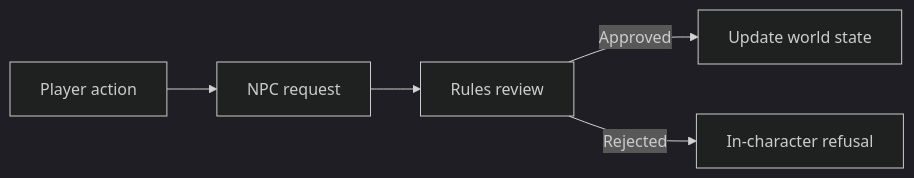
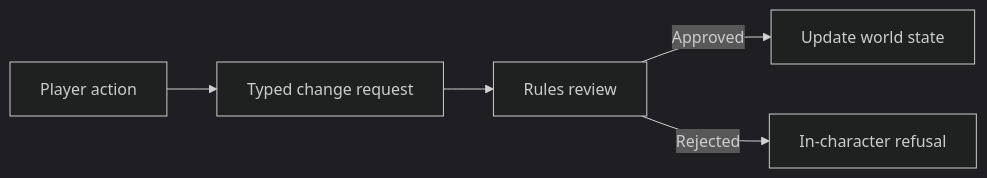
Before and after one commit to hannnnnnnny/RPG-Game: the second of 2 diagrams in README.md, drawn with Mermaid (dark theme). The commit also changed other lines of this file and 5 other files, not shown here.

Commit message:
docs: README for the Rust/Bevy version — screenshots, controls, web build, saves, architecture

````diff
--- a/README.md
+++ b/README.md
@@ -166,7 +133,7 @@
 ```mermaid
 flowchart LR
-  A[Player action] --> B[NPC request]
+  A[Player action] --> B[Typed change request]
   B --> C[Rules review]
   C -->|Approved| D[Update world state]
   C -->|Rejected| E[In-character refusal]
 ```
````
